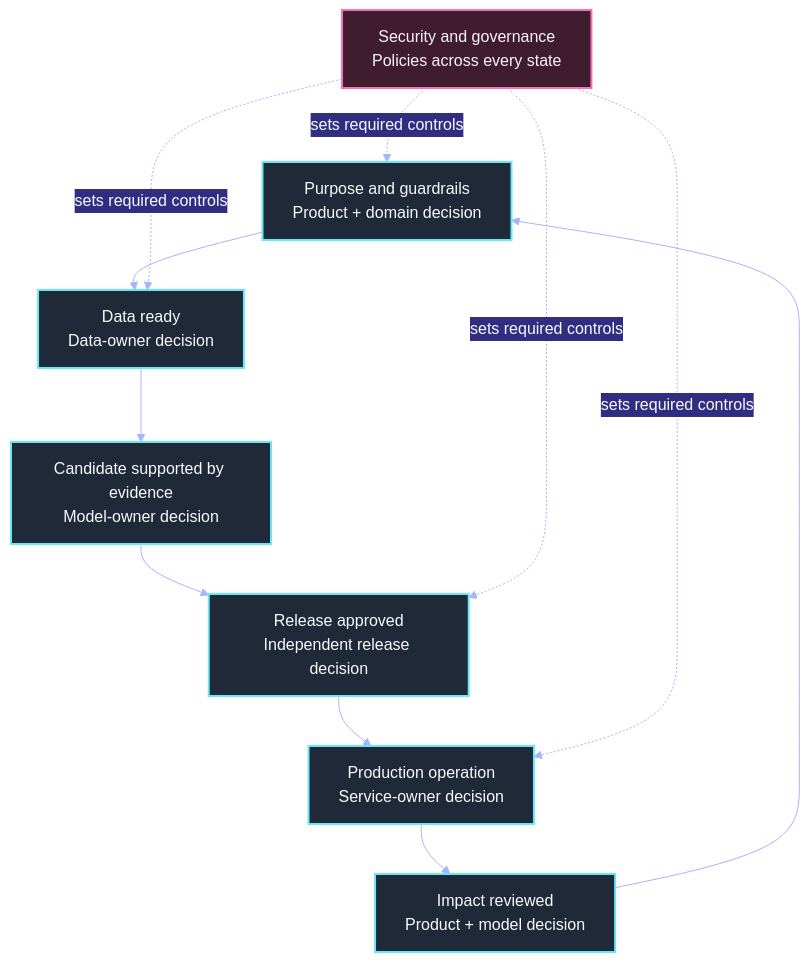
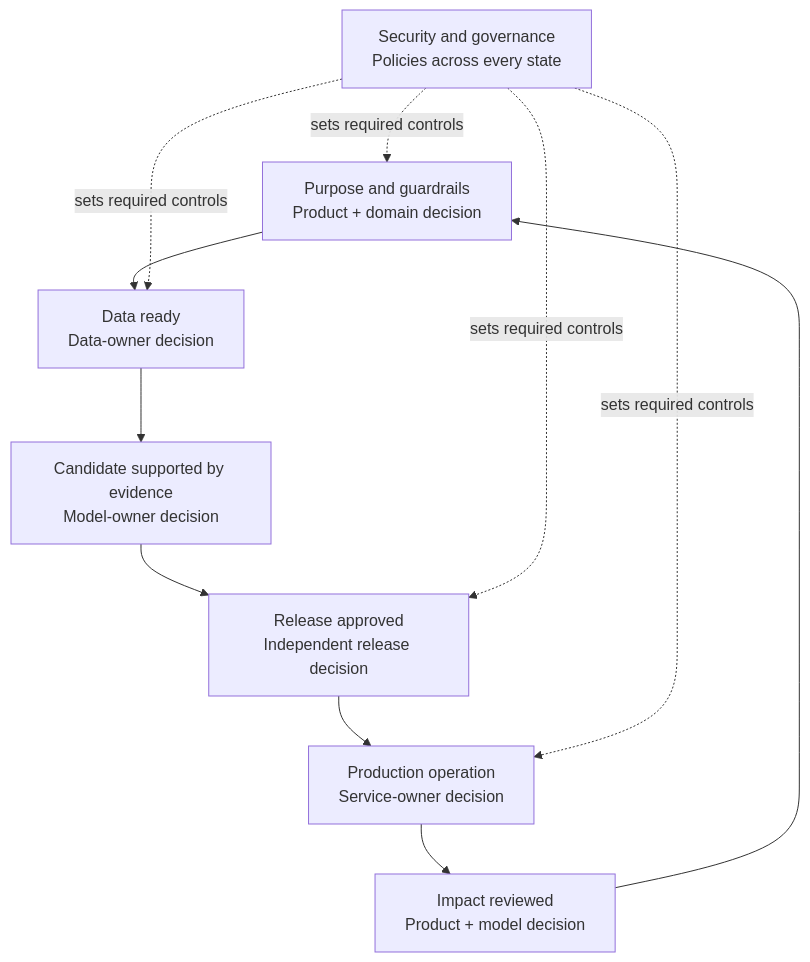
Before and after one commit to senlinyy/dev-roadmaps: the first of 2 diagrams in roadmaps/mlops/modules/mlops-foundations/teams-and-workflow/01-mlops-roles.md, drawn with Mermaid. The commit also changed other lines of this file and 152 other files, not shown here.

Commit message:
feat: mlops and diagrams updated

````diff
--- a/roadmaps/mlops/modules/mlops-foundations/teams-and-workflow/01-mlops-roles.md
+++ b/roadmaps/mlops/modules/mlops-foundations/teams-and-workflow/01-mlops-roles.md
@@ -49,19 +54,18 @@
 ```mermaid
-%%{init: {"theme": "base", "themeVariables": {"background": "#111827", "primaryColor": "#1f2937", "primaryTextColor": "#f9fafb", "primaryBorderColor": "#67e8f9", "lineColor": "#a5b4fc", "secondaryColor": "#312e81", "tertiaryColor": "#3f1d2e", "fontFamily": "Inter, sans-serif"}}}%%
+
 flowchart TB
     Purpose["Purpose and guardrails<br/>Product + domain decision"]
     Data["Data ready<br/>Data-owner decision"]
     Candidate["Candidate supported by evidence<br/>Model-owner decision"]
     Release["Release approved<br/>Independent release decision"]
     Active["Production operation<br/>Service-owner decision"]
     Feedback["Impact reviewed<br/>Product + model decision"]
     Govern["Security and governance<br/>Policies across every state"]
 
     Purpose --> Data --> Candidate --> Release --> Active --> Feedback --> Purpose
     Govern -. "sets required controls" .-> Purpose & Data
     Govern -. "sets required controls" .-> Release & Active
-    classDef lifecycle fill:#1f2937,stroke:#67e8f9,color:#f9fafb,stroke-width:2px
-    classDef control fill:#3f1d2e,stroke:#f472b6,color:#fdf2f8,stroke-width:2px
+
     class Purpose,Data,Candidate,Release,Active,Feedback lifecycle
     class Govern control
 ```
````
